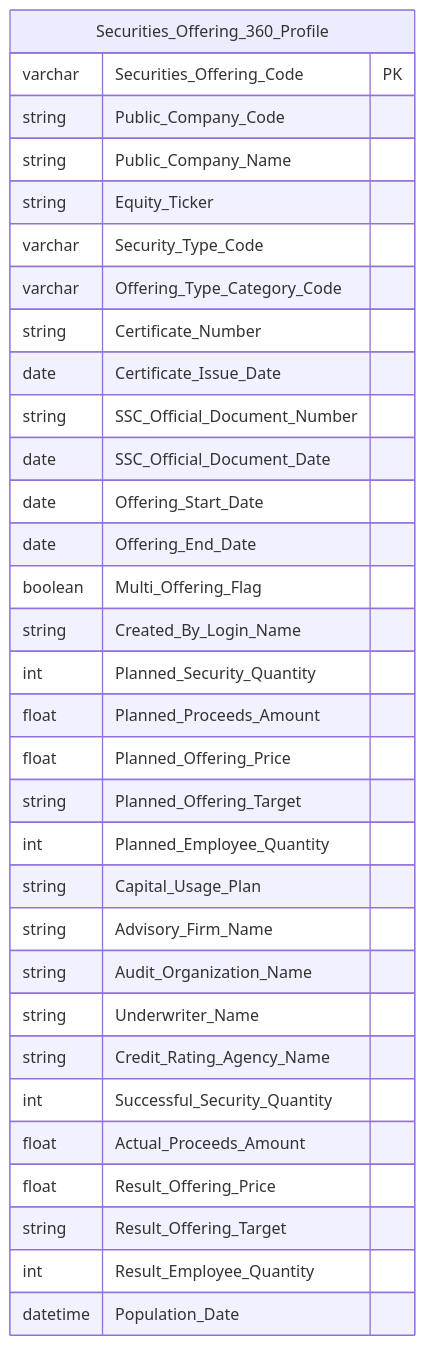
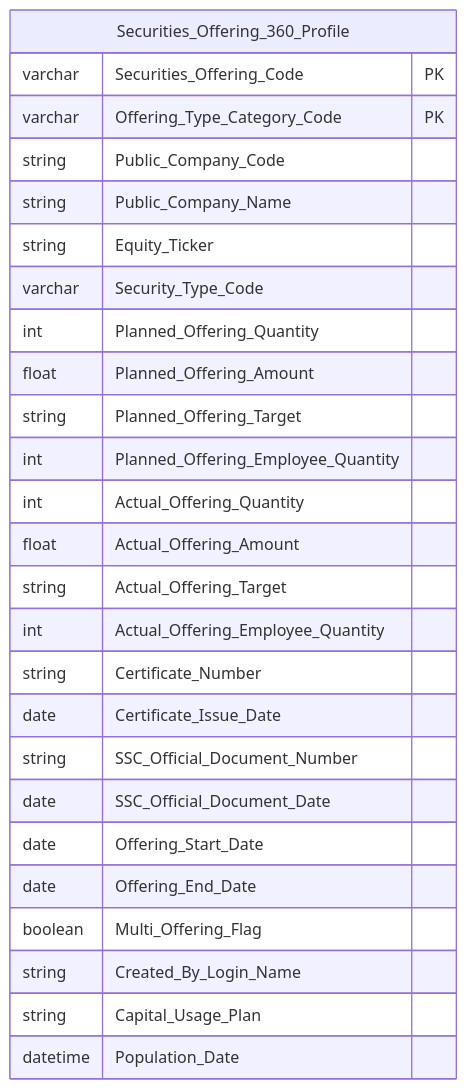
The second of 2 diagrams in Gold/hld/GOLD_QLCB_Entities.md (linhlvit/ubck_atomic_design), drawn with Mermaid before and after one commit. The commit also changed other lines of this file and 7 other files, not shown here.

````diff
--- a/Gold/hld/GOLD_QLCB_Entities.md
+++ b/Gold/hld/GOLD_QLCB_Entities.md
@@ -28,35 +28,29 @@
 ```mermaid
 erDiagram
     Securities_Offering_360_Profile {
         varchar Securities_Offering_Code PK
+        varchar Offering_Type_Category_Code PK
         string Public_Company_Code
         string Public_Company_Name
         string Equity_Ticker
         varchar Security_Type_Code
-        varchar Offering_Type_Category_Code
+        int Planned_Offering_Quantity
+        float Planned_Offering_Amount
+        string Planned_Offering_Target
+        int Planned_Offering_Employee_Quantity
+        int Actual_Offering_Quantity
+        float Actual_Offering_Amount
+        string Actual_Offering_Target
+        int Actual_Offering_Employee_Quantity
         string Certificate_Number
         date Certificate_Issue_Date
         string SSC_Official_Document_Number
         date SSC_Official_Document_Date
         date Offering_Start_Date
         date Offering_End_Date
         boolean Multi_Offering_Flag
         string Created_By_Login_Name
-        int Planned_Security_Quantity
-        float Planned_Proceeds_Amount
-        float Planned_Offering_Price
-        string Planned_Offering_Target
-        int Planned_Employee_Quantity
         string Capital_Usage_Plan
-        string Advisory_Firm_Name
-        string Audit_Organization_Name
-        string Underwriter_Name
-        string Credit_Rating_Agency_Name
-        int Successful_Security_Quantity
-        float Actual_Proceeds_Amount
-        float Result_Offering_Price
-        string Result_Offering_Target
-        int Result_Employee_Quantity
         datetime Population_Date
     }
 ```
````
